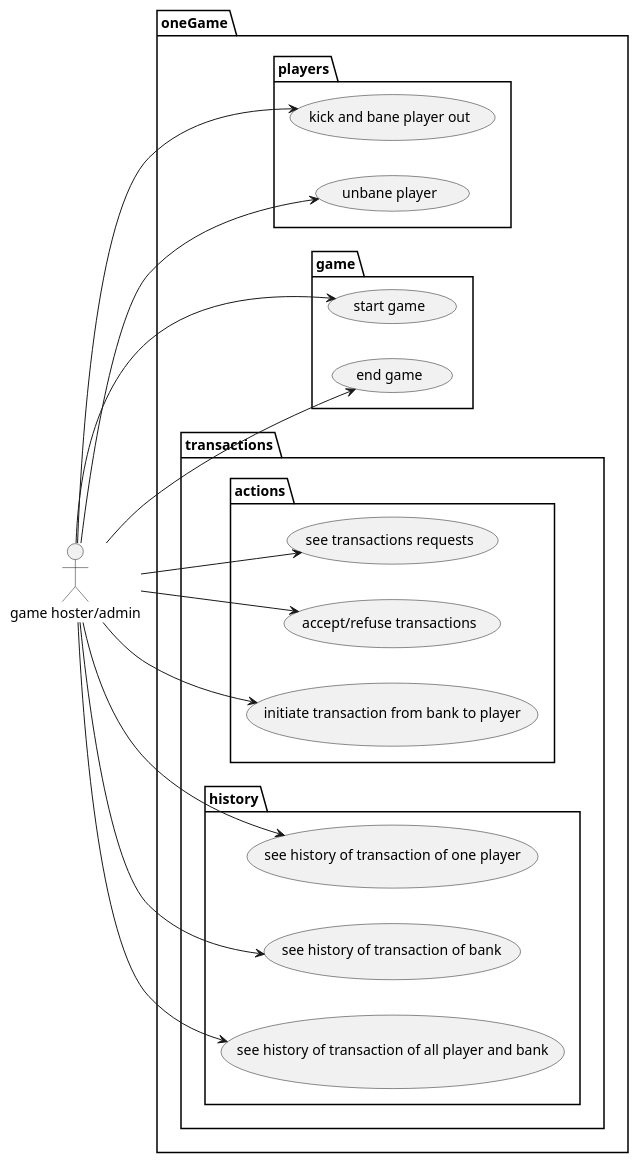
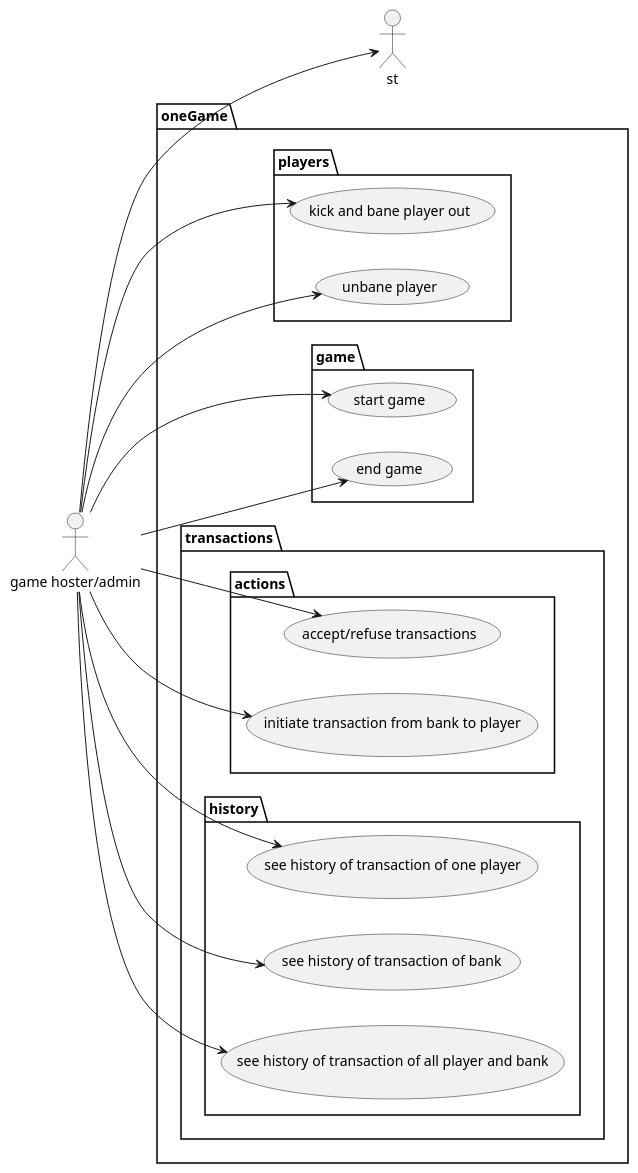
The diagram in UCDs/host_UCD.wsd (monoploy-game/design), drawn with PlantUML before and after one commit. The commit also changed 2 other files, not shown here.

```diff
--- a/UCDs/host_UCD.wsd
+++ b/UCDs/host_UCD.wsd
@@ -1,49 +1,48 @@
 @startuml "Monopoly admin usecase diagram"
 
 left to right direction
 skinparam style strictuml
 
 actor "game hoster/admin" as ad
 
 package oneGame {
 
     package players {
         usecase "kick and bane player out" as kp
 	usecase "unbane player" as ubp
     }
 
     package game {
         usecase "start game" as strtg
         usecase "end game" as eg
     }
 
     package transactions {
         package actions {
-            usecase "see transactions requests" as st
             usecase "accept/refuse transactions" as at
             usecase "initiate transaction from bank to player" as itgp
         }
         package history {
             usecase "see history of transaction of one player" as seeplrtr
             usecase "see history of transaction of bank" as seebnktr
             usecase "see history of transaction of all player and bank" as seealltr
         }
     }
 }
 
 ad --> kp
 ad --> ubp
 
 ad --> strtg
 ad --> eg
 
 ad --> st
 ad --> at
 ad --> itgp
 
 ad --> seeplrtr
 ad --> seebnktr
 
 ad --> seealltr
 
 @enduml
```
